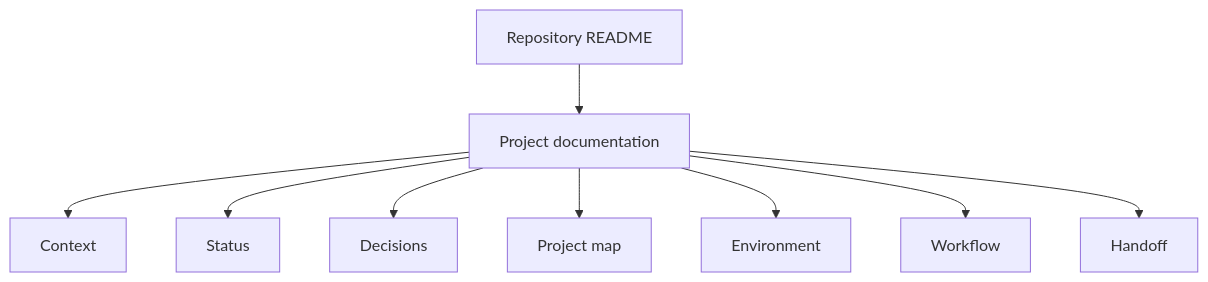
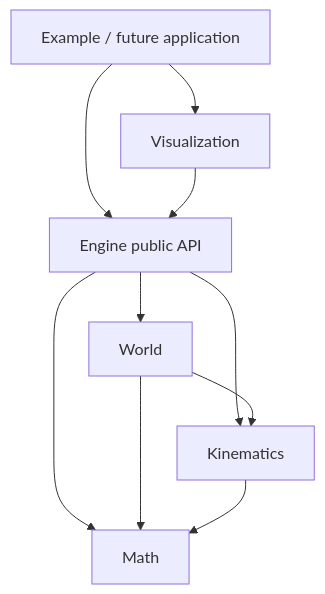
The second of 2 diagrams in docs/project/status.md (fa-ribeiro/vLab2D), drawn with Mermaid before and after one commit. The commit also changed other lines of this file and 3 other files, not shown here.

Commit message:
docs: add architecture overview

````diff
--- a/docs/project/status.md
+++ b/docs/project/status.md
@@ -83,21 +123,22 @@
 ```mermaid
 flowchart TD
-    ROOT[Repository README]
-    PROJECT[Project documentation]
-    CONTEXT[Context]
-    STATUS[Status]
-    DECISIONS[Decisions]
-    MAP[Project map]
-    ENV[Environment]
-    WORKFLOW[Workflow]
-    HANDOFF[Handoff]
+    HOST[Example / future application]
+    VIS[Visualization]
+    API[Engine public API]
+    WORLD[World]
+    KIN[Kinematics]
+    MATH[Math]
 
-    ROOT --> PROJECT
-    PROJECT --> CONTEXT
-    PROJECT --> STATUS
-    PROJECT --> DECISIONS
-    PROJECT --> MAP
-    PROJECT --> ENV
-    PROJECT --> WORKFLOW
-    PROJECT --> HANDOFF
+    HOST --> VIS
+    HOST --> API
+    VIS --> API
+
+    API --> WORLD
+    API --> KIN
+    API --> MATH
+
+    WORLD --> KIN
+    WORLD --> MATH
+
+    KIN --> MATH
 ```
````
